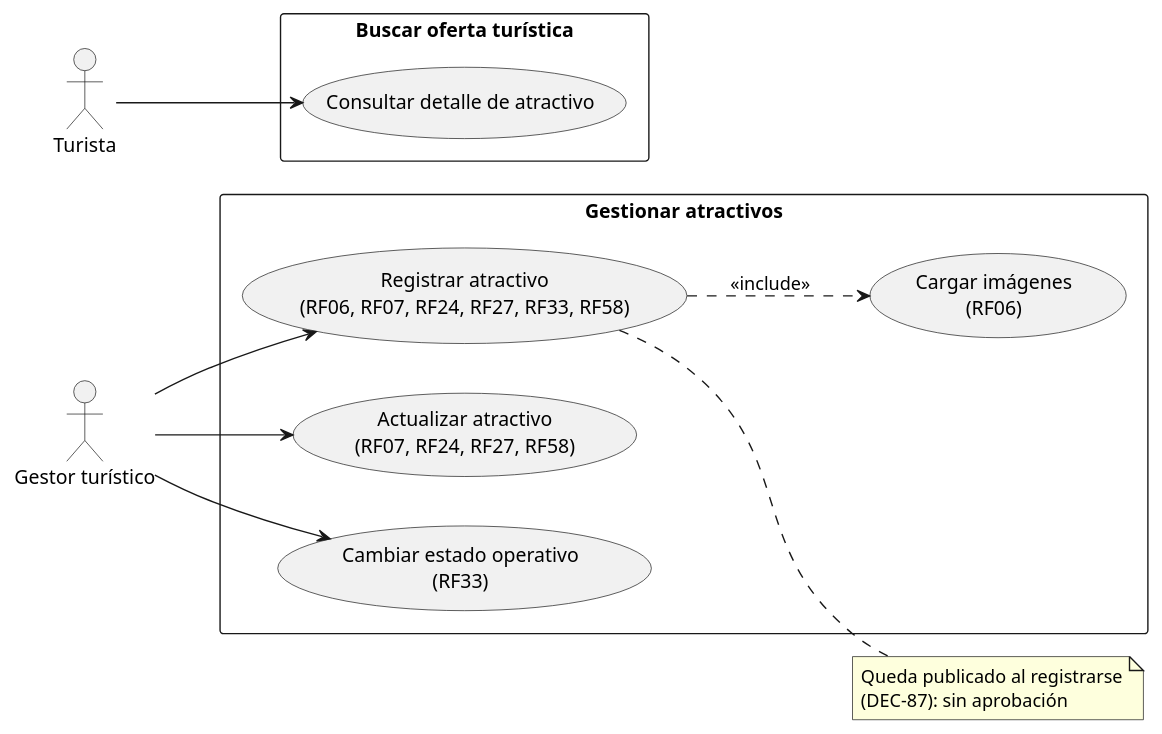
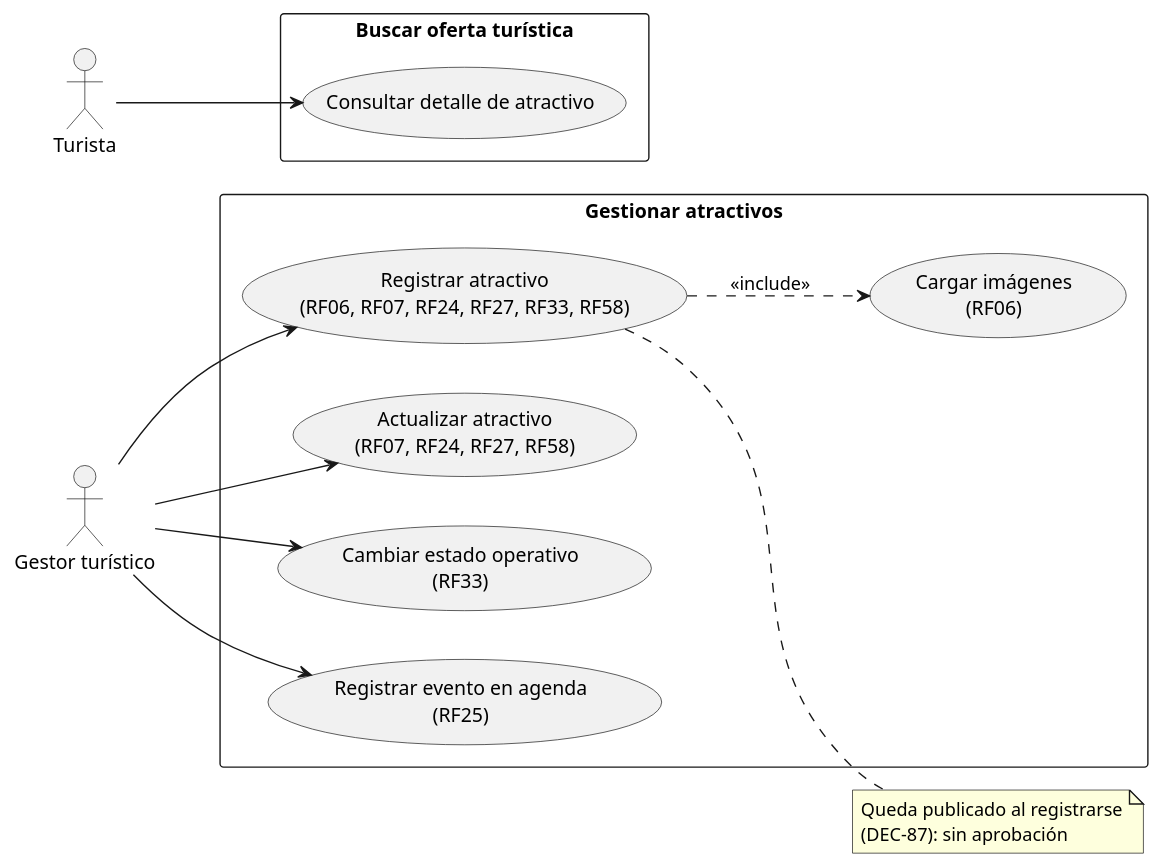
Before and after one commit to Al3jooo/SM_Tours_Aplication: the first of 3 diagrams in docs/casos-de-uso/CU-registrar-atractivo.md, drawn with PlantUML. The commit also changed other lines of this file and 32 other files, not shown here.

````diff
--- a/docs/casos-de-uso/CU-registrar-atractivo.md
+++ b/docs/casos-de-uso/CU-registrar-atractivo.md
@@ -41,22 +41,24 @@
 ```plantuml
 @startuml
 left to right direction
 actor "Gestor turístico" as G
 actor Turista as T
 rectangle "Gestionar atractivos" {
   usecase "Registrar atractivo\n(RF06, RF07, RF24, RF27, RF33, RF58)" as RA
   usecase "Cargar imágenes\n(RF06)" as CI
   usecase "Actualizar atractivo\n(RF07, RF24, RF27, RF58)" as AA
   usecase "Cambiar estado operativo\n(RF33)" as CE
+  usecase "Registrar evento en agenda\n(RF25)" as RE
 }
 rectangle "Buscar oferta turística" {
   usecase "Consultar detalle de atractivo" as CD
 }
 G --> RA
 G --> AA
 G --> CE
+G --> RE
 T --> CD
 RA ..> CI : <<include>>
 note right of RA : Queda publicado al registrarse\n(DEC-87): sin aprobación
 @enduml
 ```
````
